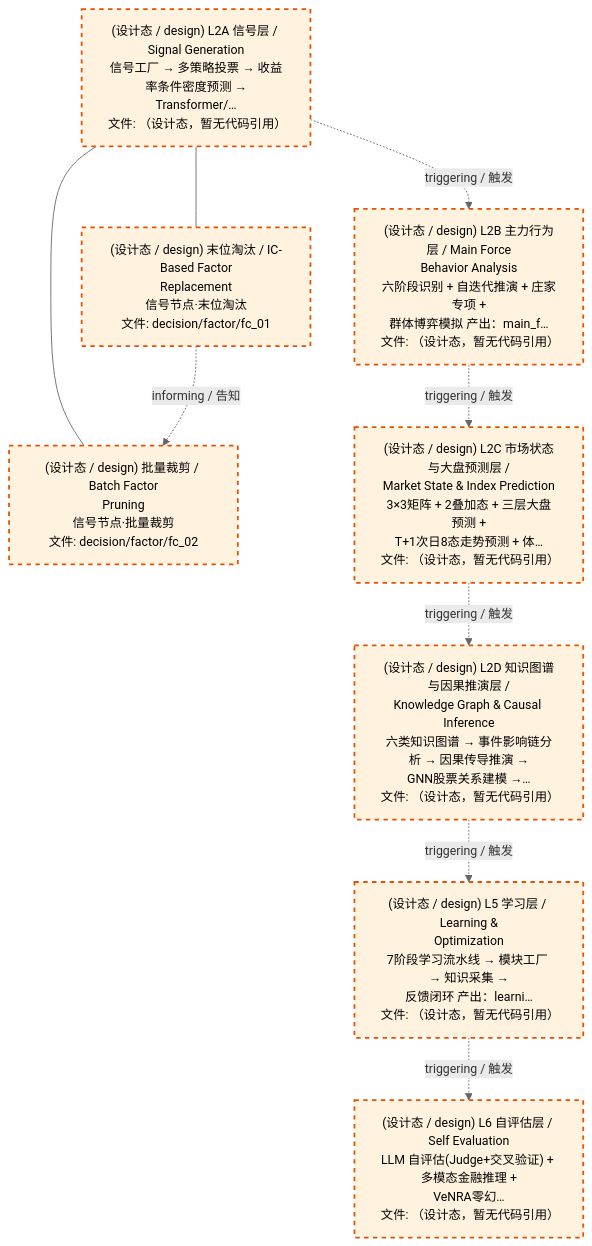
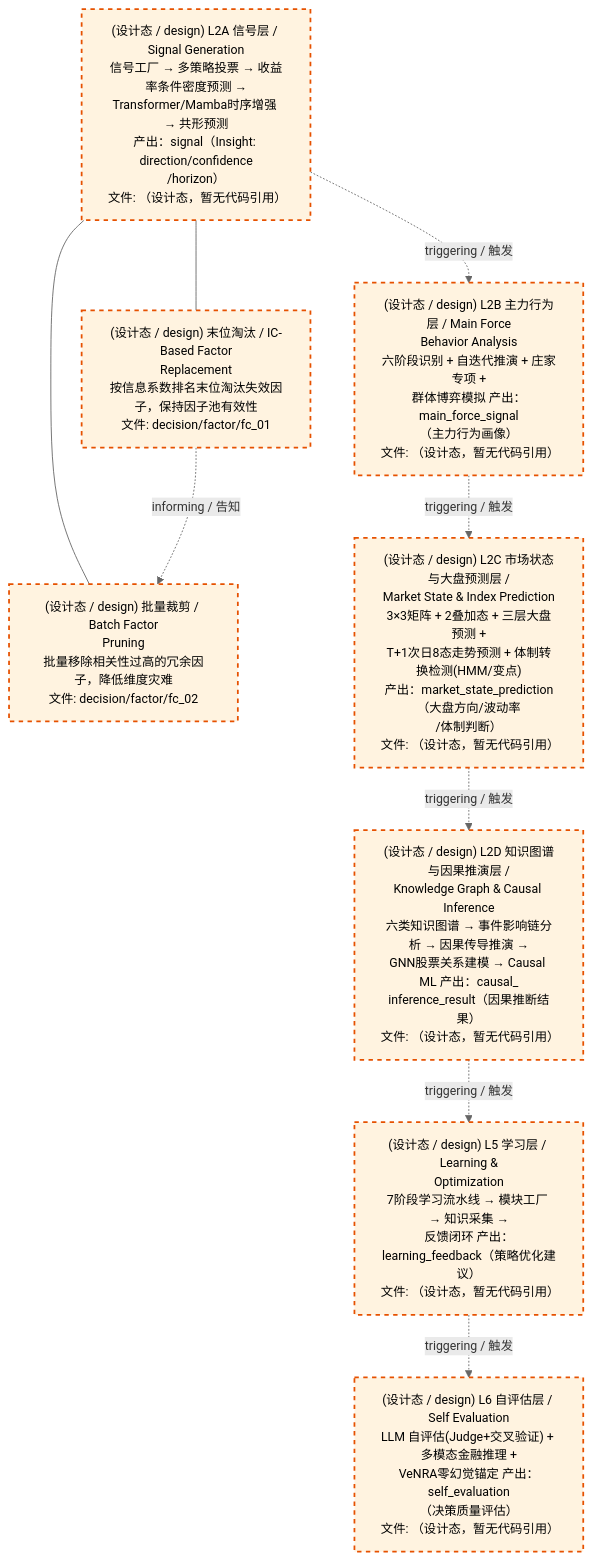
Before and after one commit to xuanFelixVan/ZephyrAlpha: the second of 3 diagrams in docs/02_enterprise_architecture/06_decision_architecture/07_decision_l2a_factor.md, drawn with Mermaid. The commit also changed other lines of this file and 25 other files, not shown here.

````diff
--- a/docs/02_enterprise_architecture/06_decision_architecture/07_decision_l2a_factor.md
+++ b/docs/02_enterprise_architecture/06_decision_architecture/07_decision_l2a_factor.md
@@ -94,25 +94,25 @@
 ```mermaid
 %%{init: {'theme': 'base', 'themeVariables': {'primaryColor': '#eaeaea', 'primaryTextColor': '#333333', 'primaryBorderColor': '#666666', 'lineColor': '#666666', 'secondaryColor': '#eaeaea', 'tertiaryColor': '#eaeaea', 'clusterBkg': 'transparent', 'clusterBorder': 'transparent', 'fontSize': '14px'}}}%%
 flowchart TD
-    LL2A["(设计态 / design) L2A 信号层 / Signal Generation<br/>信号工厂 → 多策略投票 → 收益率条件密度预测 →<br/>Transformer/…<br/>文件: （设计态，暂无代码引用）"]
-    N190["(设计态 / design) 末位淘汰 / IC-Based Factor<br/>Replacement<br/>信号节点·末位淘汰<br/>文件: decision/factor/fc_01"]
+    LL2A["(设计态 / design) L2A 信号层 / Signal Generation<br/>信号工厂 → 多策略投票 → 收益率条件密度预测 →<br/>Transformer/Mamba时序增强 → 共形预测<br/>产出：signal（Insight: direction/confidence<br/>/horizon）<br/>文件: （设计态，暂无代码引用）"]
+    N190["(设计态 / design) 末位淘汰 / IC-Based Factor<br/>Replacement<br/>按信息系数排名末位淘汰失效因子，保持因子池有效性<br/>文件: decision/factor/fc_01"]
     LL2A --- N190
-    N191["(设计态 / design) 批量裁剪 / Batch Factor<br/>Pruning<br/>信号节点·批量裁剪<br/>文件: decision/factor/fc_02"]
+    N191["(设计态 / design) 批量裁剪 / Batch Factor<br/>Pruning<br/>批量移除相关性过高的冗余因子，降低维度灾难<br/>文件: decision/factor/fc_02"]
     LL2A --- N191
-    LL2B["(设计态 / design) L2B 主力行为层 / Main Force<br/>Behavior Analysis<br/>六阶段识别 + 自迭代推演 + 庄家专项 +<br/>群体博弈模拟 产出：main_f…<br/>文件: （设计态，暂无代码引用）"]
-    LL2C["(设计态 / design) L2C 市场状态与大盘预测层 /<br/>Market State & Index Prediction<br/>3×3矩阵 + 2叠加态 + 三层大盘预测 +<br/>T+1次日8态走势预测 + 体…<br/>文件: （设计态，暂无代码引用）"]
-    LL2D["(设计态 / design) L2D 知识图谱与因果推演层 /<br/>Knowledge Graph & Causal Inference<br/>六类知识图谱 → 事件影响链分析 → 因果传导推演 →<br/>GNN股票关系建模 →…<br/>文件: （设计态，暂无代码引用）"]
-    LL5["(设计态 / design) L5 学习层 / Learning &<br/>Optimization<br/>7阶段学习流水线 → 模块工厂 → 知识采集 →<br/>反馈闭环 产出：learni…<br/>文件: （设计态，暂无代码引用）"]
-    LL6["(设计态 / design) L6 自评估层 / Self Evaluation<br/>LLM 自评估(Judge+交叉验证) + 多模态金融推理 +<br/>VeNRA零幻…<br/>文件: （设计态，暂无代码引用）"]
+    LL2B["(设计态 / design) L2B 主力行为层 / Main Force<br/>Behavior Analysis<br/>六阶段识别 + 自迭代推演 + 庄家专项 +<br/>群体博弈模拟 产出：main_force_signal<br/>（主力行为画像）<br/>文件: （设计态，暂无代码引用）"]
+    LL2C["(设计态 / design) L2C 市场状态与大盘预测层 /<br/>Market State & Index Prediction<br/>3×3矩阵 + 2叠加态 + 三层大盘预测 +<br/>T+1次日8态走势预测 + 体制转换检测(HMM/变点)<br/>产出：market_state_prediction（大盘方向/波动率<br/>/体制判断）<br/>文件: （设计态，暂无代码引用）"]
+    LL2D["(设计态 / design) L2D 知识图谱与因果推演层 /<br/>Knowledge Graph & Causal Inference<br/>六类知识图谱 → 事件影响链分析 → 因果传导推演 →<br/>GNN股票关系建模 → Causal ML 产出：causal_<br/>inference_result（因果推断结果）<br/>文件: （设计态，暂无代码引用）"]
+    LL5["(设计态 / design) L5 学习层 / Learning &<br/>Optimization<br/>7阶段学习流水线 → 模块工厂 → 知识采集 →<br/>反馈闭环 产出：learning_feedback（策略优化建议）<br/>文件: （设计态，暂无代码引用）"]
+    LL6["(设计态 / design) L6 自评估层 / Self Evaluation<br/>LLM 自评估(Judge+交叉验证) + 多模态金融推理 +<br/>VeNRA零幻觉锚定 产出：self_evaluation<br/>（决策质量评估）<br/>文件: （设计态，暂无代码引用）"]
     LL2A -.->|triggering / 触发| LL2B
     LL2B -.->|triggering / 触发| LL2C
     LL2C -.->|triggering / 触发| LL2D
     LL2D -.->|triggering / 触发| LL5
     LL5 -.->|triggering / 触发| LL6
     N190 -.->|informing / 告知| N191
     classDef production fill:#e1f5fe,stroke:#01579b,stroke-width:2px,color:#000
     classDef design fill:#fff3e0,stroke:#e65100,stroke-width:2px,color:#000,stroke-dasharray: 5 5
     classDef external_prod fill:#e8f4fd,stroke:#0277bd,stroke-width:1px,color:#000
     classDef external_design fill:#fff8e7,stroke:#ef6c00,stroke-width:1px,color:#000,stroke-dasharray: 5 5
     class LL2A,N190,N191,LL2B,LL2C,LL2D,LL5,LL6 design
 ```
````
